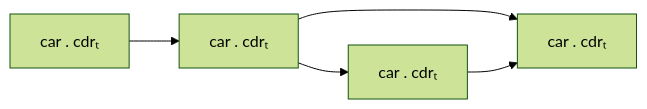
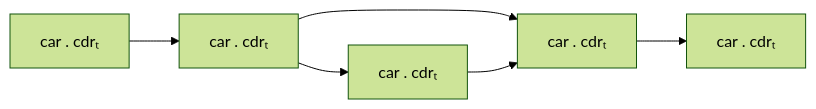
Before and after one commit to raviqqe/doc: the diagram in slides/papers/stak-scheme/code-graph-in-depth.mmd, drawn with Mermaid (forest theme).

```diff
--- a/slides/papers/stak-scheme/code-graph-in-depth.mmd
+++ b/slides/papers/stak-scheme/code-graph-in-depth.mmd
@@ -1,3 +1,4 @@
 flowchart LR
   c0["car . cdrₜ"] --> c1["car . cdrₜ"] --> c2["car . cdrₜ"]
   c1 --> c3["car . cdrₜ"] --> c2["car . cdrₜ"]
+  c2 --> c4["car . cdrₜ"]
```
